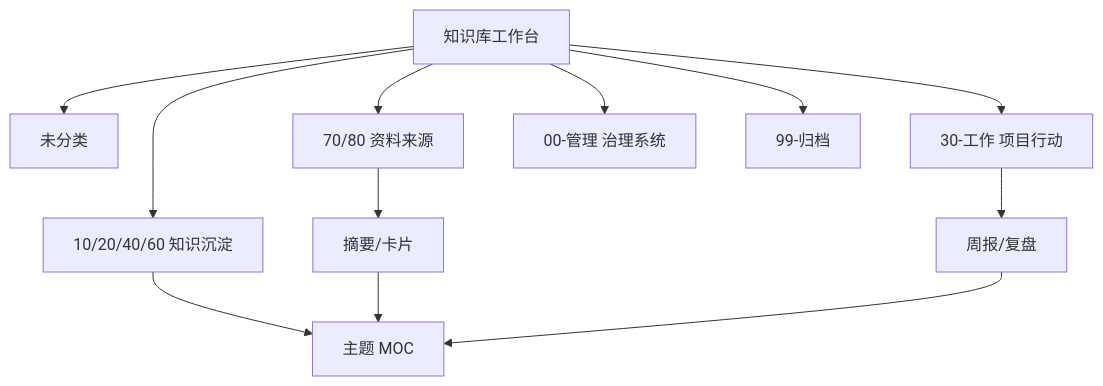
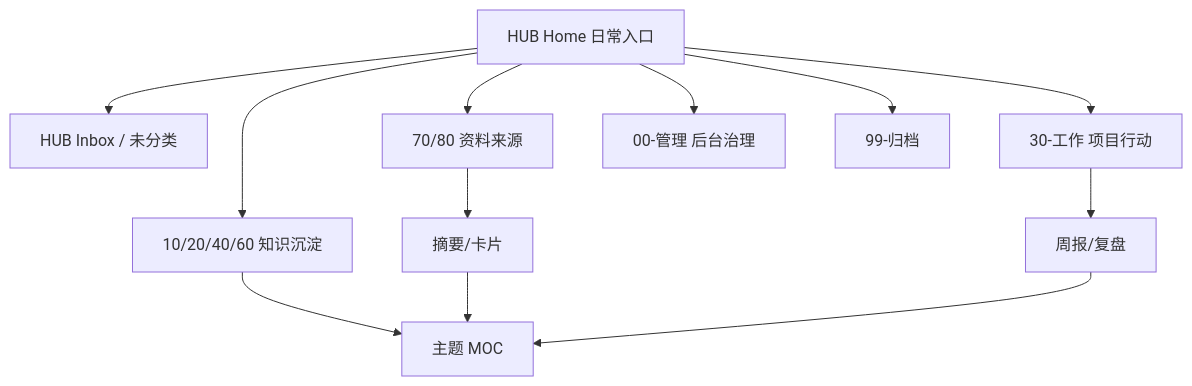
The diagram in 00-管理/知识库优化路线图.md (mjs618/Obsidian), drawn with Mermaid before and after one commit. The commit also changed other lines of this file and 33 other files, not shown here.

````diff
--- a/00-管理/知识库优化路线图.md
+++ b/00-管理/知识库优化路线图.md
@@ -35,15 +35,15 @@
 ```mermaid
 flowchart TD
-    Home[知识库工作台] --> Inbox[未分类]
+    Home[HUB Home 日常入口] --> Inbox[HUB Inbox / 未分类]
     Home --> Action[30-工作 项目行动]
     Home --> Knowledge[10/20/40/60 知识沉淀]
     Home --> Resources[70/80 资料来源]
-    Home --> System[00-管理 治理系统]
+    Home --> System[00-管理 后台治理]
     Home --> Archive[99-归档]
 
     Knowledge --> MOC[主题 MOC]
     Resources --> Extract[摘要/卡片]
     Extract --> MOC
     Action --> Review[周报/复盘]
     Review --> MOC
 ```
````
